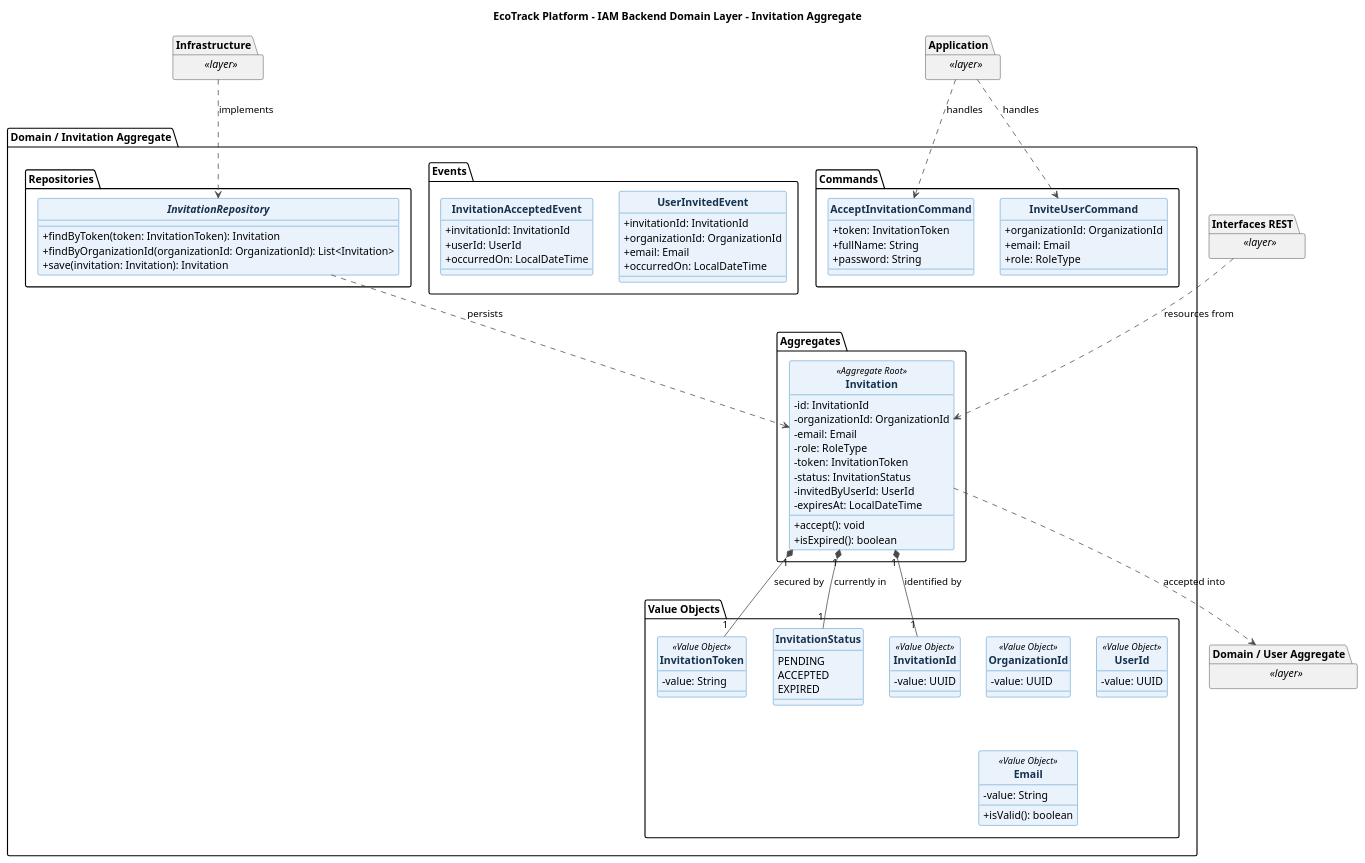
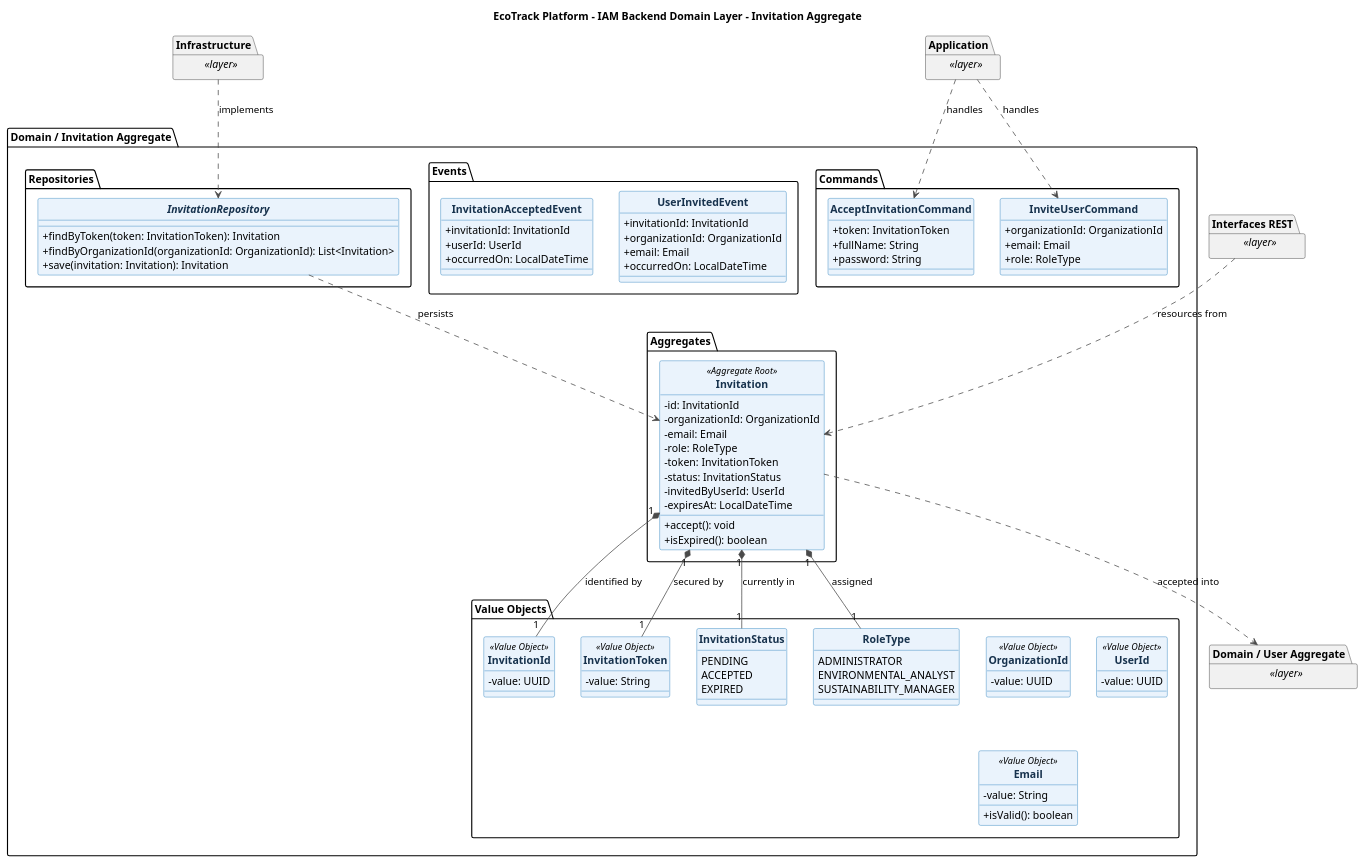
One commit to Horizon-OpenSource/report changed the diagram in docs/diagrams/class/backend/ecotrack-iam-backend-domain-invitation-aggregate-class-diagram.puml. Above: the diagram before and after it, drawn with PlantUML. The commit also changed 8 other files, not shown here.

Commit message:
docs(report): update domain class diagrams with value objects

```diff
--- a/docs/diagrams/class/backend/ecotrack-iam-backend-domain-invitation-aggregate-class-diagram.puml
+++ b/docs/diagrams/class/backend/ecotrack-iam-backend-domain-invitation-aggregate-class-diagram.puml
@@ -1,117 +1,123 @@
 @startuml
 title EcoTrack Platform - IAM Backend Domain Layer - Invitation Aggregate
 skinparam backgroundColor #FFFFFF
 skinparam shadowing false
 skinparam classAttributeIconSize 0
 skinparam classFontStyle bold
 skinparam class {
   BackgroundColor #EAF3FC
   BorderColor #0B6FB3
   ArrowColor #4A4A4A
   FontColor #17324D
 }
 skinparam enum {
   BackgroundColor #FDF3E3
   BorderColor #C9832B
   FontColor #5A3E12
 }
 hide circle
 
 package "Domain / Invitation Aggregate" {
 
   package "Aggregates" {
     class Invitation <<Aggregate Root>> {
       -id: InvitationId
       -organizationId: OrganizationId
       -email: Email
       -role: RoleType
       -token: InvitationToken
       -status: InvitationStatus
       -invitedByUserId: UserId
       -expiresAt: LocalDateTime
       +accept(): void
       +isExpired(): boolean
     }
   }
 
   package "Value Objects" {
+    enum RoleType {
+      ADMINISTRATOR
+      ENVIRONMENTAL_ANALYST
+      SUSTAINABILITY_MANAGER
+    }
     class InvitationId <<Value Object>> {
       -value: UUID
     }
     class OrganizationId <<Value Object>> {
       -value: UUID
     }
     class UserId <<Value Object>> {
       -value: UUID
     }
     class Email <<Value Object>> {
       -value: String
       +isValid(): boolean
     }
     class InvitationToken <<Value Object>> {
       -value: String
     }
     enum InvitationStatus {
       PENDING
       ACCEPTED
       EXPIRED
     }
   }
 
   package "Commands" {
     class InviteUserCommand {
       +organizationId: OrganizationId
       +email: Email
       +role: RoleType
     }
     class AcceptInvitationCommand {
       +token: InvitationToken
       +fullName: String
       +password: String
     }
   }
 
   package "Events" {
     class UserInvitedEvent {
       +invitationId: InvitationId
       +organizationId: OrganizationId
       +email: Email
       +occurredOn: LocalDateTime
     }
     class InvitationAcceptedEvent {
       +invitationId: InvitationId
       +userId: UserId
       +occurredOn: LocalDateTime
     }
   }
 
   package "Repositories" {
     interface InvitationRepository {
       +findByToken(token: InvitationToken): Invitation
       +findByOrganizationId(organizationId: OrganizationId): List<Invitation>
       +save(invitation: Invitation): Invitation
     }
   }
 
+  Invitation "1" *-- "1" RoleType : assigned
   Invitation "1" *-- "1" InvitationToken : secured by
   Invitation "1" *-- "1" InvitationStatus : currently in
   InvitationRepository ..> Invitation : persists
   Invitation "1" *-- "1" InvitationId : identified by
 }
 
 package "Interfaces REST" as Backend_iam_Interfaces_REST <<layer>> {
 }
 package "Application" as Backend_iam_Application <<layer>> {
 }
 package "Infrastructure" as Backend_iam_Infrastructure <<layer>> {
 }
 package "Domain / User Aggregate" as Backend_iam_UserAgg <<layer>> {
 }
 
 Backend_iam_Interfaces_REST ..> Invitation : resources from
 Backend_iam_Application ..> InviteUserCommand : handles
 Backend_iam_Application ..> AcceptInvitationCommand : handles
 Backend_iam_Infrastructure ..> InvitationRepository : implements
 Invitation ..> Backend_iam_UserAgg : accepted into
 
 @enduml
```
